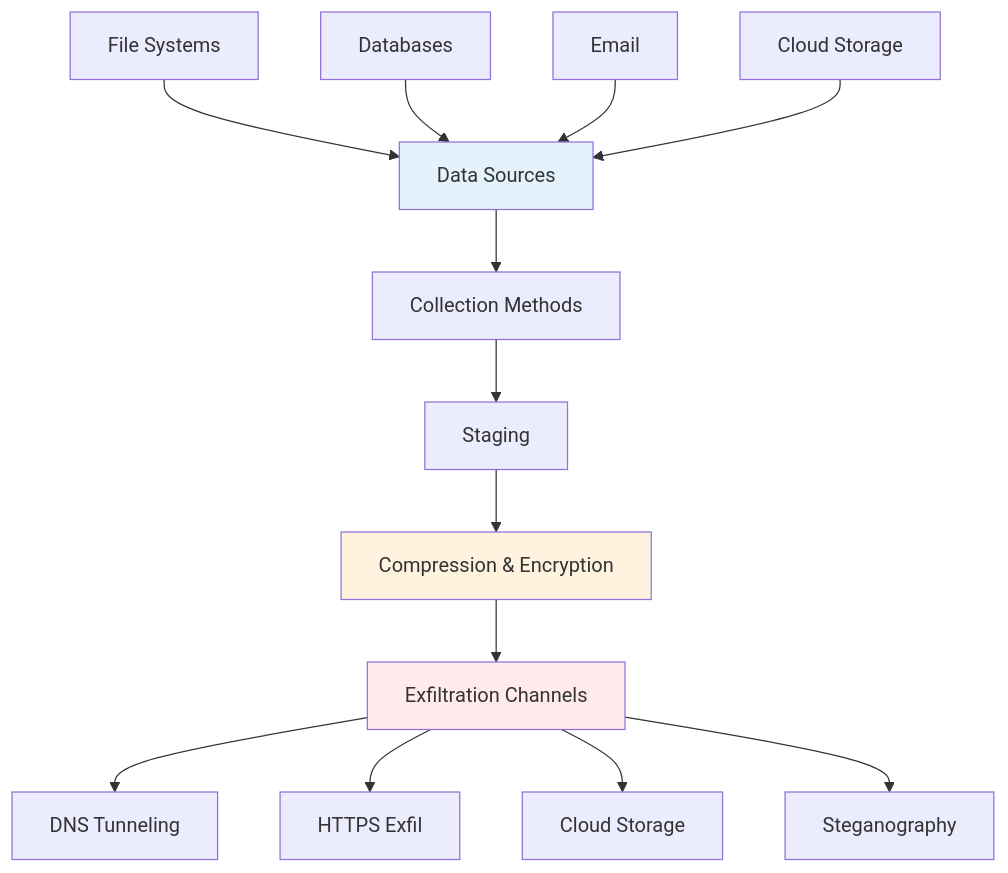
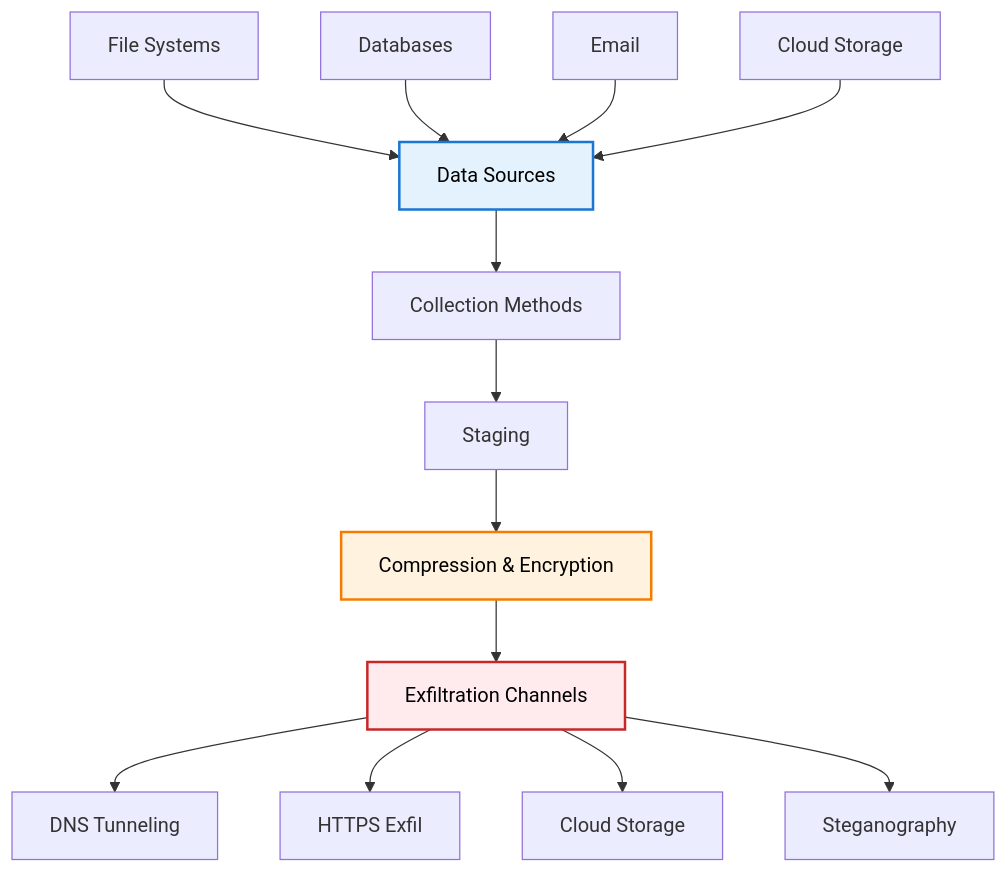
Before and after one commit to NovusAevum/apt-adversarial-operations: the seventh of 9 diagrams in README.md, drawn with Mermaid. The commit also changed other lines of this file and 2 other files, not shown here.

````diff
--- a/README.md
+++ b/README.md
@@ -412,21 +326,21 @@
 ```mermaid
 graph TB
     A[Data Sources] --> B[Collection Methods]
     B --> C[Staging]
     C --> D[Compression & Encryption]
     D --> E[Exfiltration Channels]
     
     A1[File Systems] --> A
     A2[Databases] --> A
     A3[Email] --> A
     A4[Cloud Storage] --> A
     
     E --> E1[DNS Tunneling]
     E --> E2[HTTPS Exfil]
     E --> E3[Cloud Storage]
     E --> E4[Steganography]
     
-    style A fill:#e3f2fd
-    style D fill:#fff3e0
-    style E fill:#ffebee
+    style A fill:#e3f2fd,stroke:#1976d2,stroke-width:2px,color:#000
+    style D fill:#fff3e0,stroke:#f57c00,stroke-width:2px,color:#000
+    style E fill:#ffebee,stroke:#c62828,stroke-width:2px,color:#000
 ```
````
